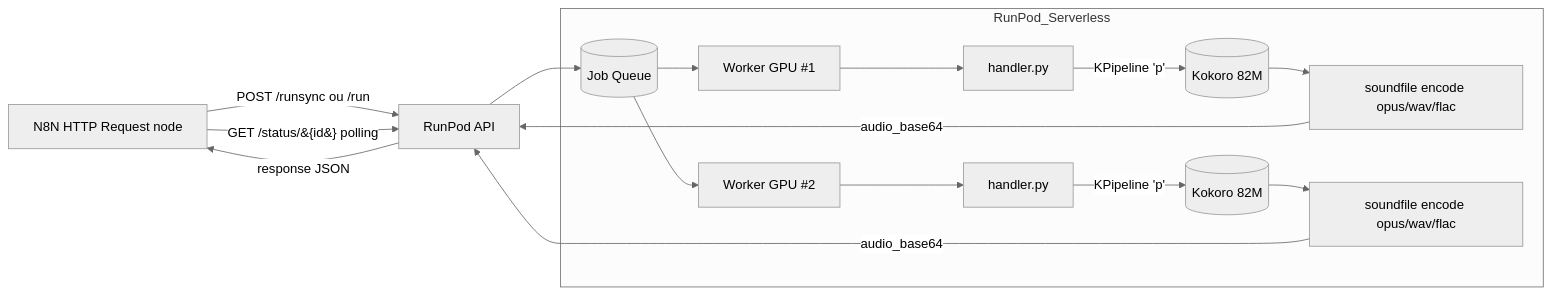
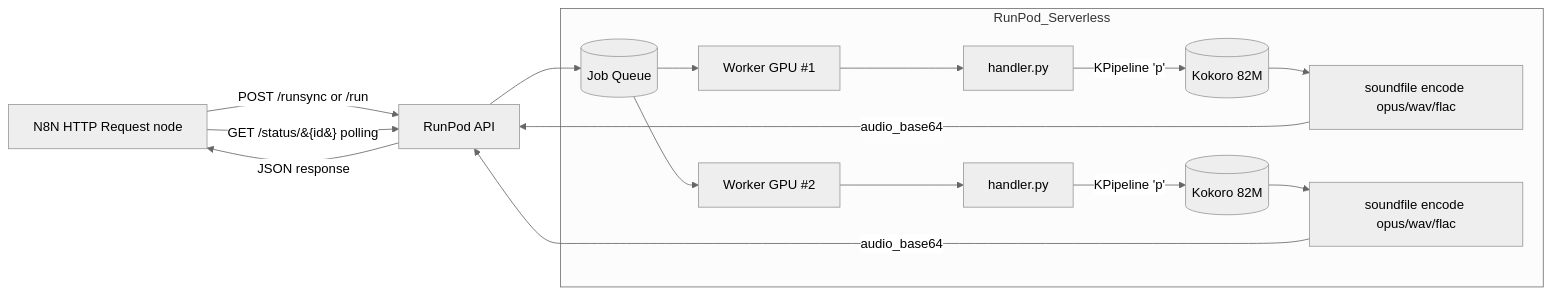
Before and after one commit to Maarcosv99/kokoro-runpod: the first of 2 diagrams in docs/architecture.md, drawn with Mermaid (neutral theme). The commit also changed other lines of this file and 3 other files, not shown here.

````diff
--- a/docs/architecture.md
+++ b/docs/architecture.md
@@ -5,23 +5,23 @@
 ```mermaid
 flowchart LR
     N8N[N8N HTTP Request node]
 
-    N8N -->|POST /runsync ou /run| RUNPOD_API[RunPod API]
+    N8N -->|POST /runsync or /run| RUNPOD_API[RunPod API]
     N8N -->|GET /status/&#123;id&#125; polling| RUNPOD_API
     RUNPOD_API --> QUEUE[(Job Queue)]
 
     subgraph RunPod_Serverless
         QUEUE --> WORKER1[Worker GPU #1]
         QUEUE --> WORKER2[Worker GPU #2]
         WORKER1 --> H1[handler.py]
         WORKER2 --> H2[handler.py]
         H1 -->|KPipeline 'p'| KOKORO1[(Kokoro 82M)]
         H2 -->|KPipeline 'p'| KOKORO2[(Kokoro 82M)]
         KOKORO1 --> AUDIO1[soundfile encode opus/wav/flac]
         KOKORO2 --> AUDIO2[soundfile encode opus/wav/flac]
     end
 
     AUDIO1 -->|audio_base64| RUNPOD_API
     AUDIO2 -->|audio_base64| RUNPOD_API
-    RUNPOD_API -->|response JSON| N8N
+    RUNPOD_API -->|JSON response| N8N
 ```
````
